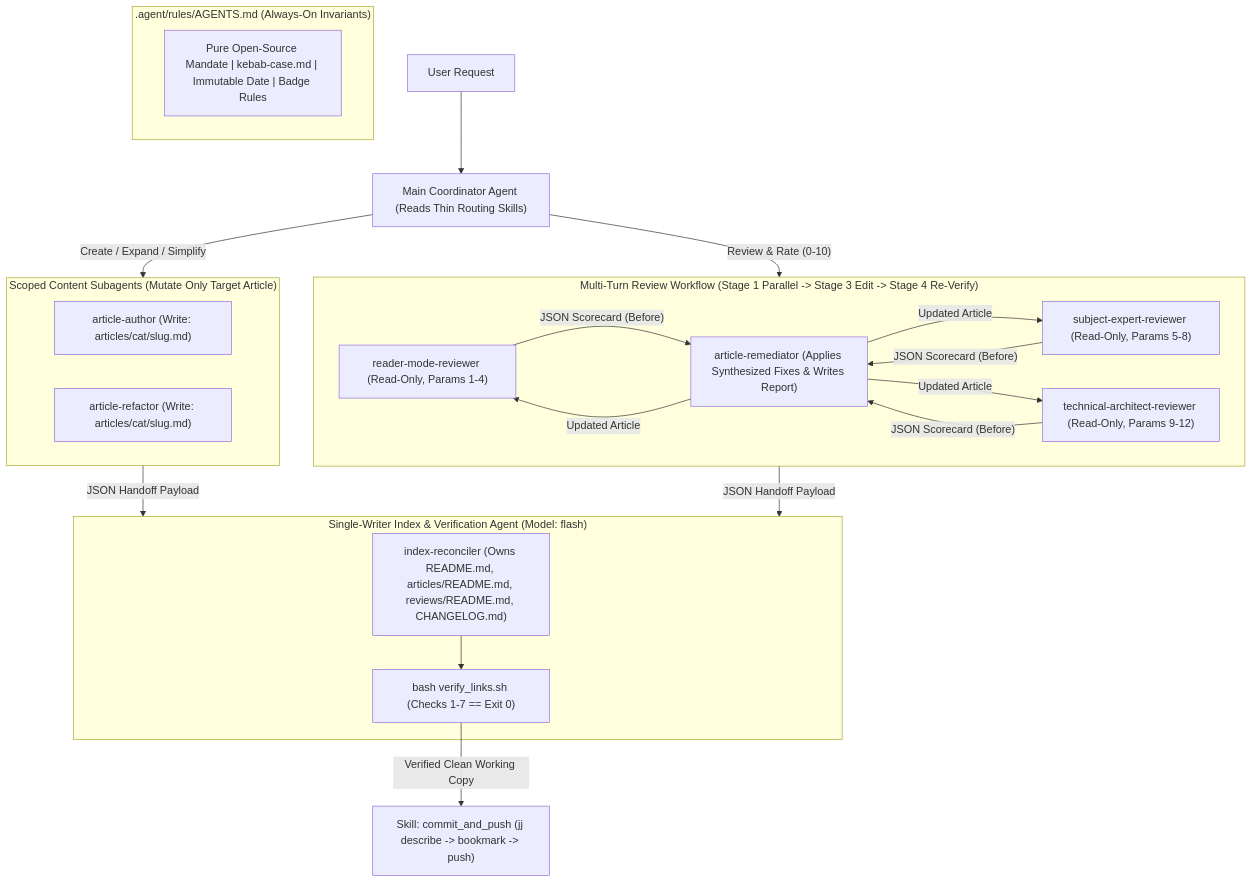
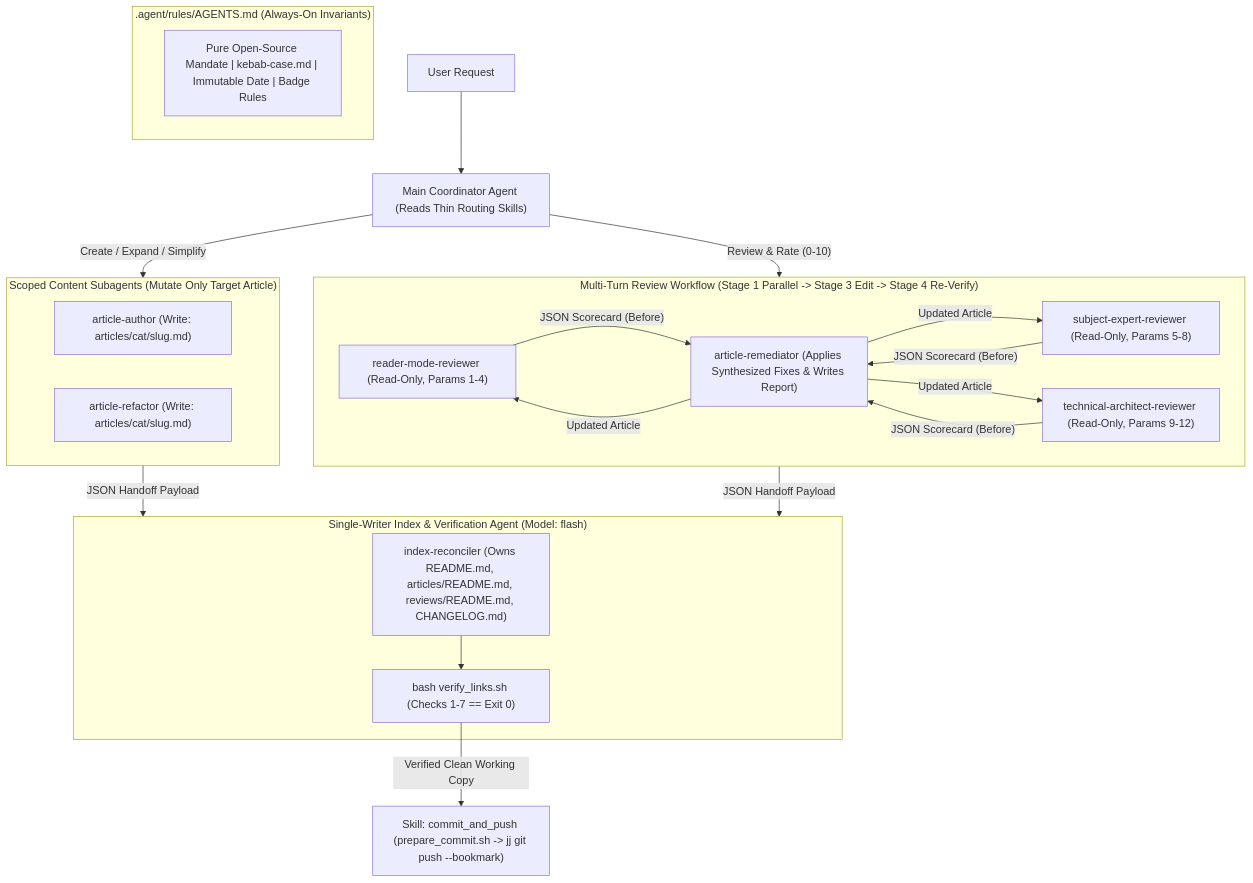
The diagram in plan/02-skills-to-agents-evaluation-and-architecture.md (rohithtp/ThoughtsInWords), drawn with Mermaid before and after one commit. The commit also changed other lines of this file and 6 other files, not shown here.

Commit message:
feat(agent): add pre-push verification gate to commit_and_push skill

````diff
--- a/plan/02-skills-to-agents-evaluation-and-architecture.md
+++ b/plan/02-skills-to-agents-evaluation-and-architecture.md
@@ -135,36 +135,36 @@
 ```mermaid
 flowchart TD
     User["User Request"] --> Coord["Main Coordinator Agent (Reads Thin Routing Skills)"]
 
     subgraph Rules[".agent/rules/AGENTS.md (Always-On Invariants)"]
         Inv["Pure Open-Source Mandate | kebab-case.md | Immutable Date | Badge Rules"]
     end
 
     Coord -->|"Create / Expand / Simplify"| ContentAgents
     Coord -->|"Review & Rate (0-10)"| ReviewWorkflow["run_workflow: review_pipeline.py"]
 
     subgraph ContentAgents["Scoped Content Subagents (Mutate Only Target Article)"]
         Author["article-author (Write: articles/cat/slug.md)"]
         Refactor["article-refactor (Write: articles/cat/slug.md)"]
     end
 
     subgraph ReviewWorkflow["Multi-Turn Review Workflow (Stage 1 Parallel -> Stage 3 Edit -> Stage 4 Re-Verify)"]
         R1["reader-mode-reviewer (Read-Only, Params 1-4)"]
         R2["subject-expert-reviewer (Read-Only, Params 5-8)"]
         R3["technical-architect-reviewer (Read-Only, Params 9-12)"]
         Remediator["article-remediator (Applies Synthesized Fixes & Writes Report)"]
         R1 & R2 & R3 -->|"JSON Scorecard (Before)"| Remediator
         Remediator -->|"Updated Article"| R1 & R2 & R3
     end
 
     ContentAgents -->|"JSON Handoff Payload"| Reconciler
     ReviewWorkflow -->|"JSON Handoff Payload"| Reconciler
 
     subgraph Reconciler["Single-Writer Index & Verification Agent (Model: flash)"]
         Org["index-reconciler (Owns README.md, articles/README.md, reviews/README.md, CHANGELOG.md)"]
         Gate["bash verify_links.sh (Checks 1-7 == Exit 0)"]
         Org --> Gate
     end
 
-    Gate -->|"Verified Clean Working Copy"| JJSkill["Skill: commit_and_push (jj describe -> bookmark -> push)"]
+    Gate -->|"Verified Clean Working Copy"| JJSkill["Skill: commit_and_push (prepare_commit.sh -> jj git push --bookmark)"]
 ```
````
